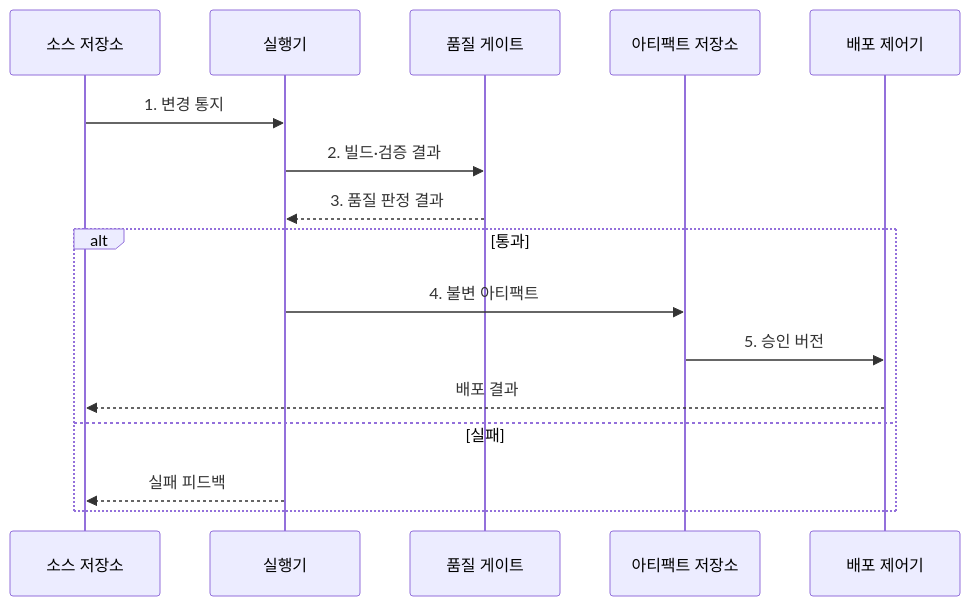
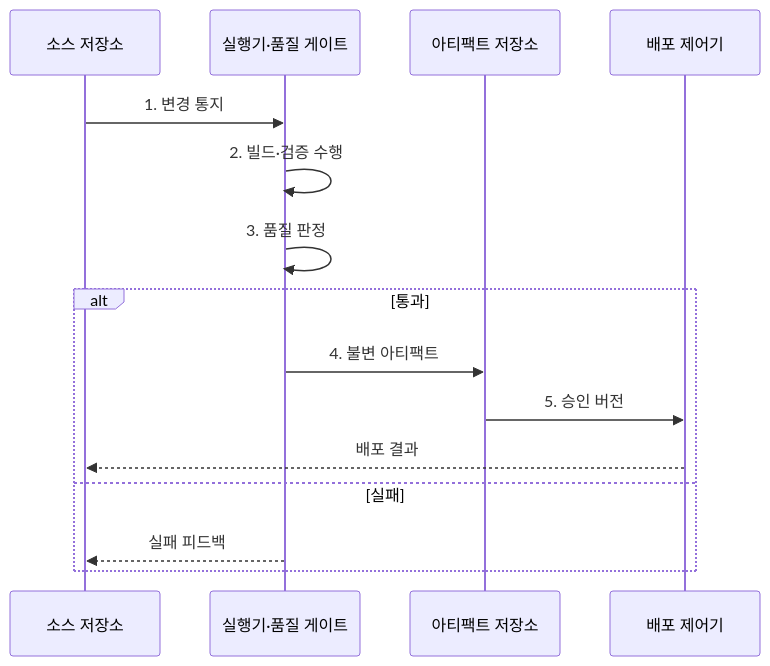
The second of 2 diagrams in src/content/docs/notes/03-software/053_ci_cd_pipeline.md (agnusdei1207/knowledge-base), drawn with Mermaid before and after one commit. The commit also changed other lines of this file and 7 other files, not shown here.

Commit message:
Reduce software delivery diagram actors

````diff
--- a/src/content/docs/notes/03-software/053_ci_cd_pipeline.md
+++ b/src/content/docs/notes/03-software/053_ci_cd_pipeline.md
@@ -103,18 +103,17 @@
 ```mermaid
 sequenceDiagram
     participant S as 소스 저장소
-    participant R as 실행기
-    participant Q as 품질 게이트
+    participant R as 실행기·품질 게이트
     participant A as 아티팩트 저장소
     participant D as 배포 제어기
     S->>R: 1. 변경 통지
-    R->>Q: 2. 빌드·검증 결과
-    Q-->>R: 3. 품질 판정 결과
+    R->>R: 2. 빌드·검증 수행
+    R->>R: 3. 품질 판정
     alt 통과
         R->>A: 4. 불변 아티팩트
         A->>D: 5. 승인 버전
         D-->>S: 배포 결과
     else 실패
         R-->>S: 실패 피드백
     end
 ```
````
